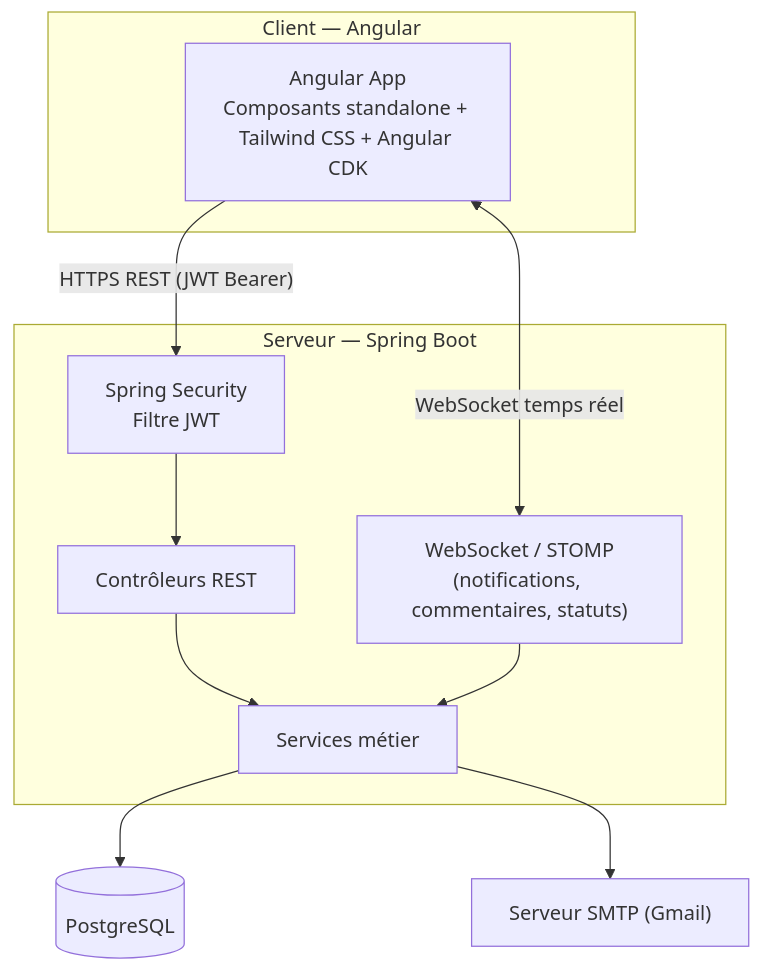
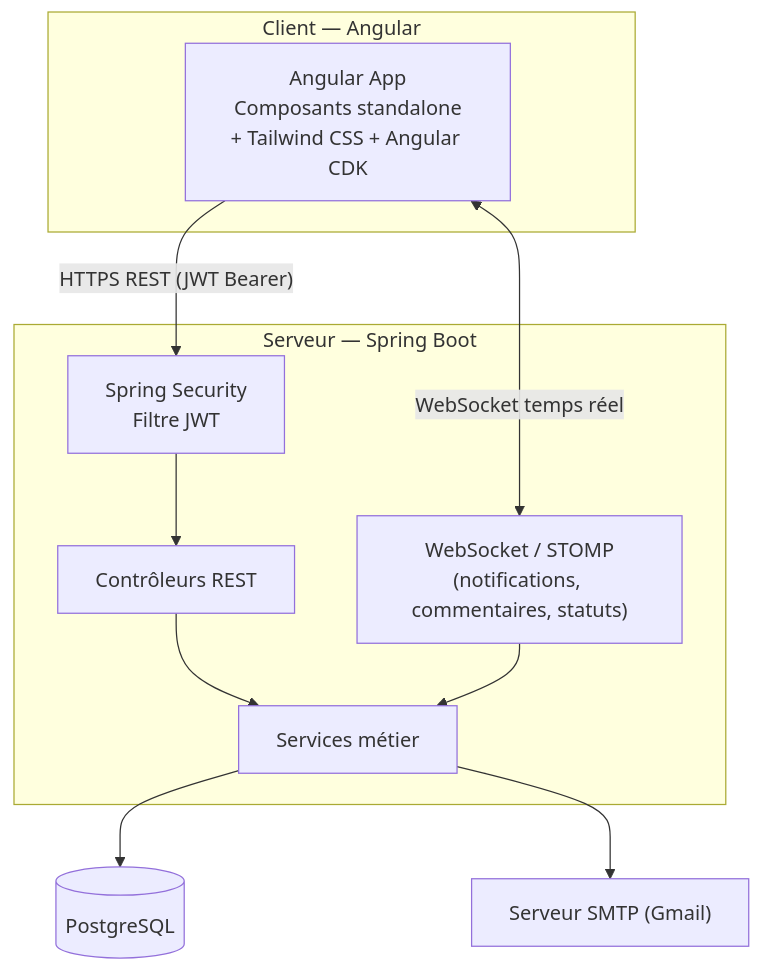
The first of 2 diagrams in README.md (sghaierchahd9-cmd/CollabHub), drawn with Mermaid before and after one commit.

Commit message:
Correct line break formatting in README.md
Fix formatting in the README for the Angular App description.

````diff
--- a/README.md
+++ b/README.md
@@ -87,24 +87,25 @@
 ```mermaid
 graph TB
     subgraph Client["Client — Angular"]
-        A["Angular App<br/>Composants standalone + Tailwind CSS + Angular CDK"]
+        A["Angular App<br/>Composants standalone
++ Tailwind CSS + Angular CDK"]
     end
 
     subgraph Server["Serveur — Spring Boot"]
         SEC["Spring Security<br/>Filtre JWT"]
         CTRL["Contrôleurs REST"]
         SRV["Services métier"]
         WS["WebSocket / STOMP<br/>(notifications, commentaires, statuts)"]
     end
 
     DB[("PostgreSQL")]
     MAIL["Serveur SMTP (Gmail)"]
 
     A -->|"HTTPS REST (JWT Bearer)"| SEC
     SEC --> CTRL
     CTRL --> SRV
     A <-->|"WebSocket temps réel"| WS
     WS --> SRV
     SRV --> DB
     SRV --> MAIL
 ```
````
